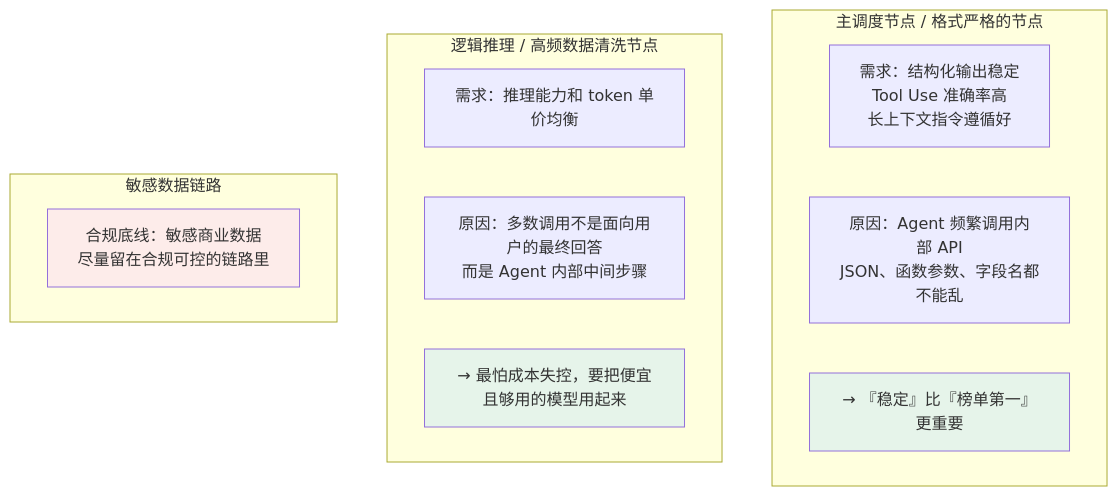
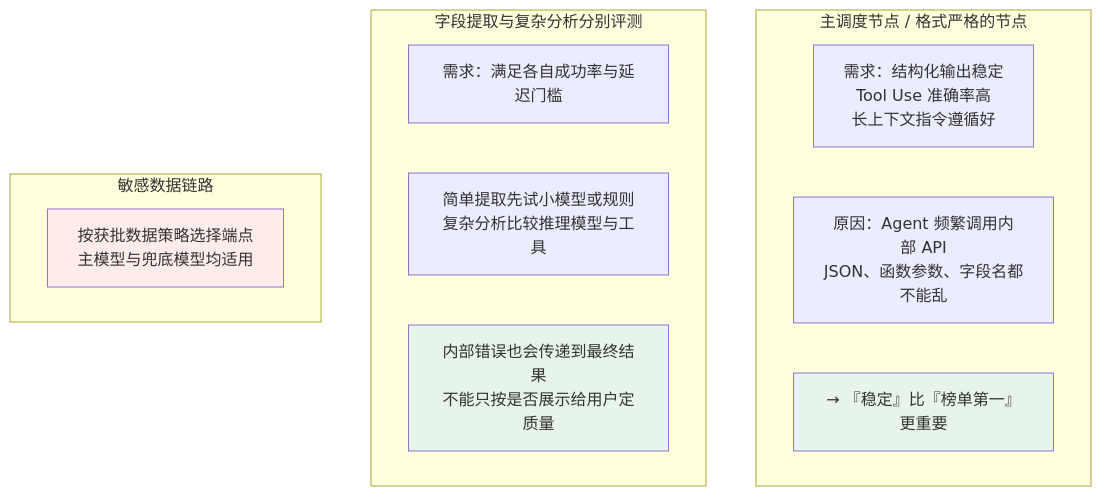
One commit to oneleaveknowsthefall/awesome-ai-roadmap changed the second of 2 diagrams in docs/llm/05-evaluation-selection/22-model-selection.md. Above: the diagram before and after it, drawn with Mermaid. The commit also changed other lines of this file and 45 other files, not shown here.

````diff
--- a/docs/llm/05-evaluation-selection/22-model-selection.md
+++ b/docs/llm/05-evaluation-selection/22-model-selection.md
@@ -69,20 +78,20 @@
 ```mermaid
 flowchart TB
     subgraph N1["主调度节点 / 格式严格的节点"]
         A1["需求：结构化输出稳定<br/>Tool Use 准确率高<br/>长上下文指令遵循好"]
         A2["原因：Agent 频繁调用内部 API<br/>JSON、函数参数、字段名都不能乱"]
         A3["→ 『稳定』比『榜单第一』更重要"]
     end
-    subgraph N2["逻辑推理 / 高频数据清洗节点"]
-        B1["需求：推理能力和 token 单价均衡"]
-        B2["原因：多数调用不是面向用户的最终回答<br/>而是 Agent 内部中间步骤"]
-        B3["→ 最怕成本失控，要把便宜且够用的模型用起来"]
+    subgraph N2["字段提取与复杂分析分别评测"]
+        B1["需求：满足各自成功率与延迟门槛"]
+        B2["简单提取先试小模型或规则<br/>复杂分析比较推理模型与工具"]
+        B3["内部错误也会传递到最终结果<br/>不能只按是否展示给用户定质量"]
     end
     subgraph N3["敏感数据链路"]
-        C1["合规底线：敏感商业数据<br/>尽量留在合规可控的链路里"]
+        C1["按获批数据策略选择端点<br/>主模型与兜底模型均适用"]
     end
 
     style A3 fill:#e6f4ea
     style B3 fill:#e6f4ea
     style C1 fill:#fdecea
 ```
````
